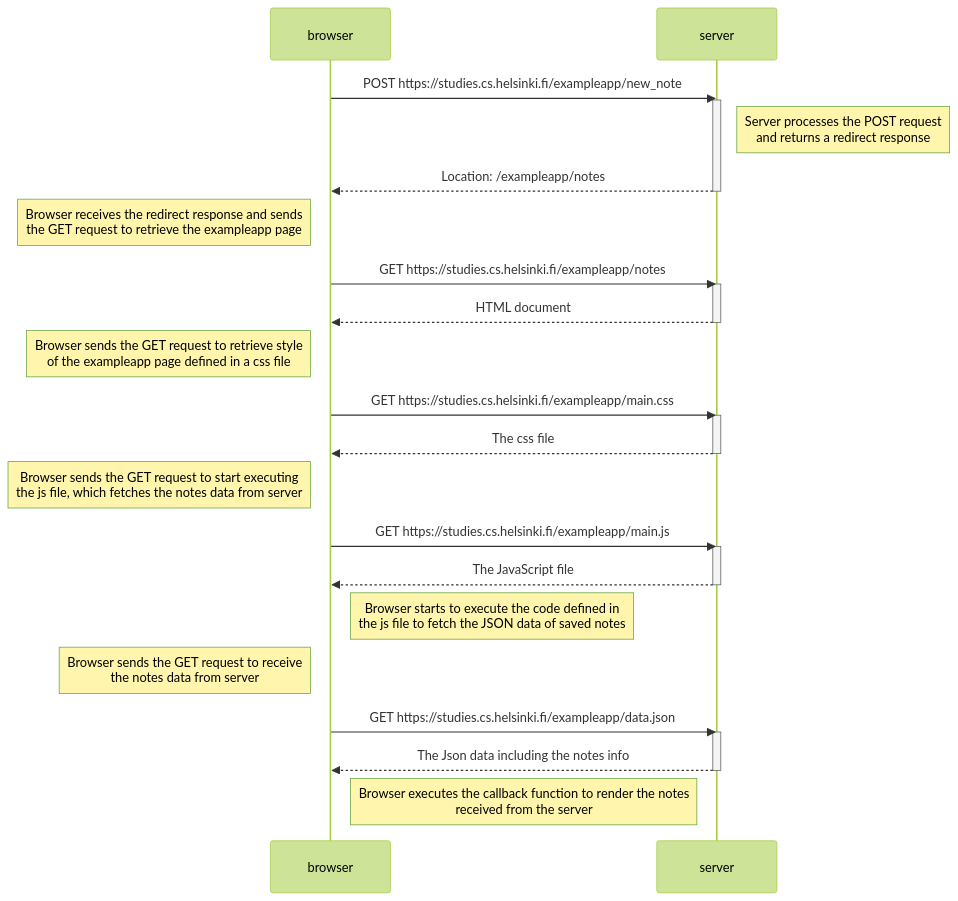
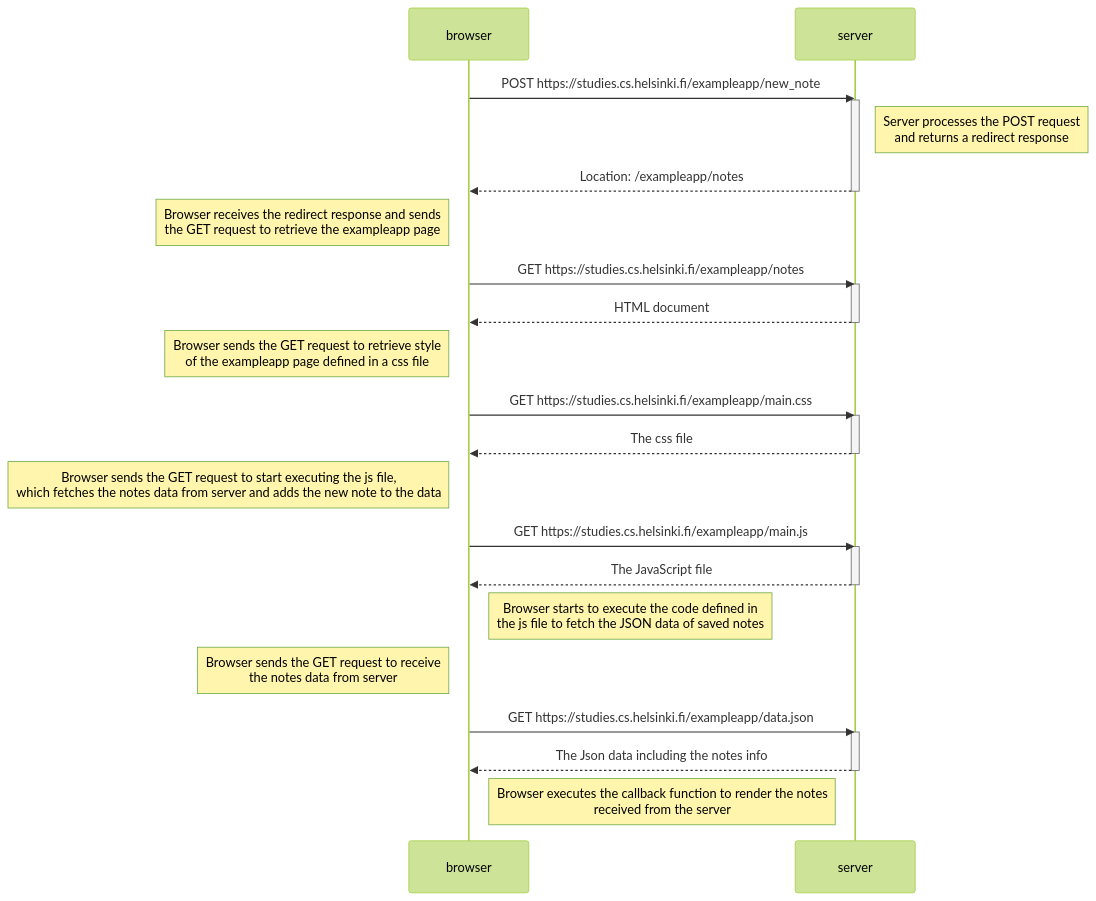
One commit to oskarioksanen/fullstack_open_palautusrepo changed the diagram in osa0/0_4_uusi_muistiinpano_kaavio.md. Above: the diagram before and after it, drawn with Mermaid (forest theme).

````diff
--- a/osa0/0_4_uusi_muistiinpano_kaavio.md
+++ b/osa0/0_4_uusi_muistiinpano_kaavio.md
@@ -3,40 +3,40 @@
 ```mermaid
 sequenceDiagram
     participant browser
     participant server
 
     browser->>server: POST https://studies.cs.helsinki.fi/exampleapp/new_note
     activate server
 
     Note right of server: Server processes the POST request<br/>and returns a redirect response
 
     server-->>browser: Location: /exampleapp/notes
     deactivate server
     
     Note left of browser: Browser receives the redirect response and sends<br/>the GET request to retrieve the exampleapp page
     browser->>server: GET https://studies.cs.helsinki.fi/exampleapp/notes
     activate server
     server-->>browser: HTML document
     deactivate server
 
     Note left of browser: Browser sends the GET request to retrieve style<br/>of the exampleapp page defined in a css file
     browser->>server: GET https://studies.cs.helsinki.fi/exampleapp/main.css
     activate server
     server-->>browser: The css file
     deactivate server
 
-    Note left of browser: Browser sends the GET request to start executing<br/>the js file, which fetches the notes data from server
+    Note left of browser: Browser sends the GET request to start executing the js file,<br/>which fetches the notes data from server and adds the new note to the data
     browser->>server: GET https://studies.cs.helsinki.fi/exampleapp/main.js
     activate server
     server-->>browser: The JavaScript file
     deactivate server
     Note right of browser: Browser starts to execute the code defined in<br/>the js file to fetch the JSON data of saved notes
 
     Note left of browser: Browser sends the GET request to receive<br/>the notes data from server
     browser->>server: GET https://studies.cs.helsinki.fi/exampleapp/data.json
     activate server
     server-->>browser: The Json data including the notes info
     deactivate server
     Note right of browser: Browser executes the callback function to render the notes<br/>received from the server
 
 ```
````
